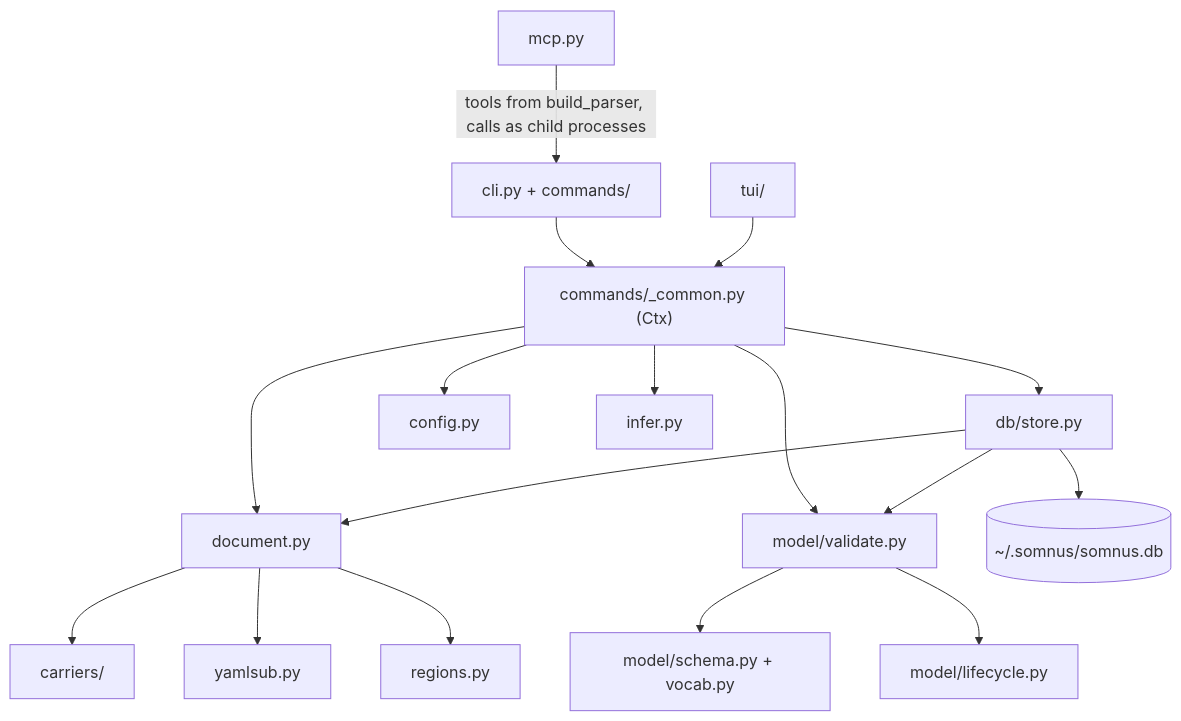
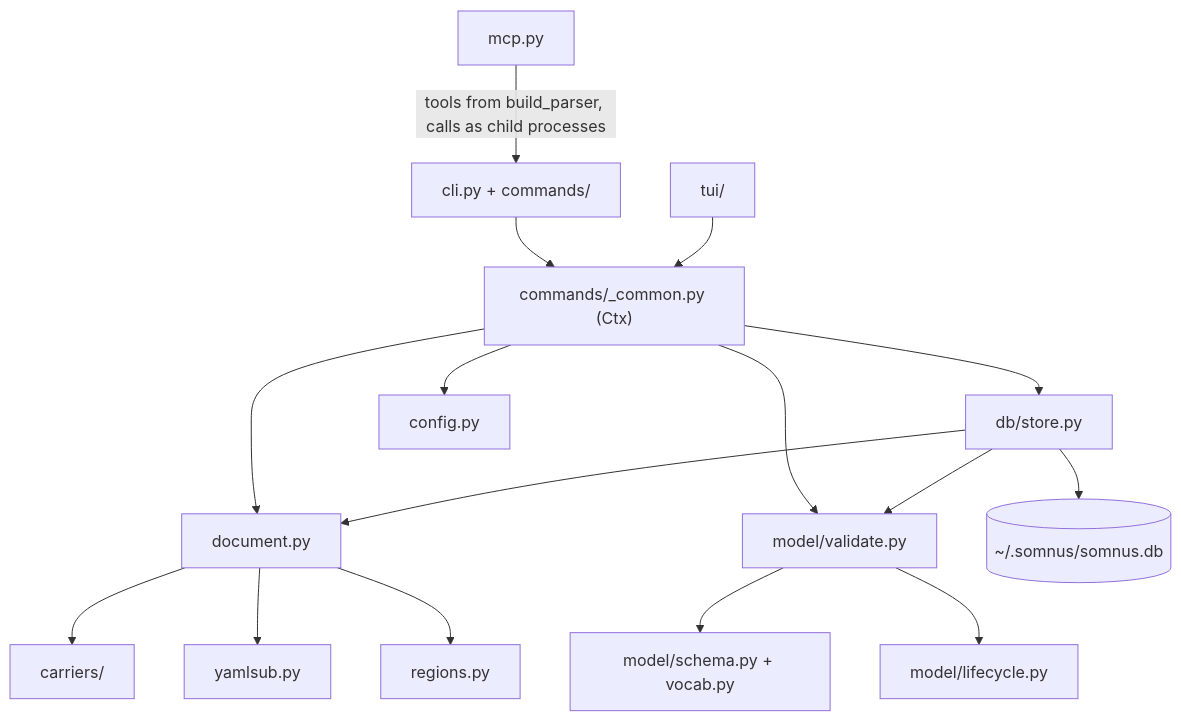
The first of 3 diagrams in droid-wiki/overview/architecture.md (calisweetleaf/somnus-metadata), drawn with Mermaid before and after one commit. The commit also changed other lines of this file and 31 other files, not shown here.

````diff
--- a/droid-wiki/overview/architecture.md
+++ b/droid-wiki/overview/architecture.md
@@ -7,19 +7,18 @@
 ```mermaid
 graph TD
     MCP["mcp.py"] -->|tools from build_parser, calls as child processes| CLI
     CLI["cli.py + commands/"] --> Common["commands/_common.py (Ctx)"]
     TUI["tui/"] --> Common
     Common --> Document["document.py"]
     Common --> Store["db/store.py"]
     Common --> Validate["model/validate.py"]
     Document --> Carriers["carriers/"]
     Document --> YAML["yamlsub.py"]
     Document --> Regions["regions.py"]
     Validate --> Schema["model/schema.py + vocab.py"]
     Validate --> Lifecycle["model/lifecycle.py"]
     Store --> Document
     Store --> Validate
     Store --> SQLite[("~/.somnus/somnus.db")]
     Common --> Config["config.py"]
-    Common --> Infer["infer.py"]
 ```
````
